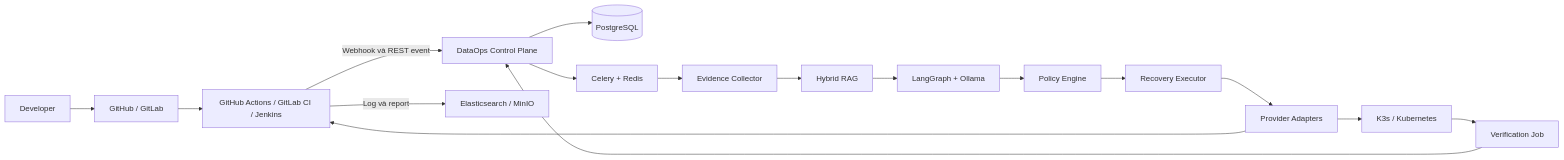
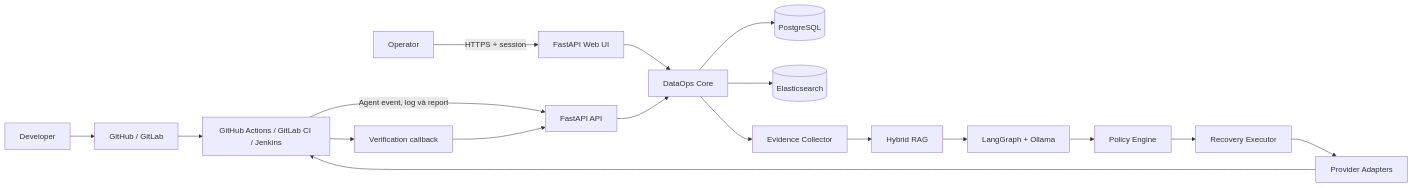
The diagram in README.md (AndyAnh174/dataops-control-plane), drawn with Mermaid before and after one commit. The commit also changed other lines of this file and 10 other files, not shown here.

Commit message:
docs: define self-hosted web platform flow

````diff
--- a/README.md
+++ b/README.md
@@ -27,19 +35,20 @@
 ```mermaid
 flowchart LR
     DEV[Developer] --> SCM[GitHub / GitLab]
     SCM --> CI[GitHub Actions / GitLab CI / Jenkins]
-    CI -->|Webhook và REST event| API[DataOps Control Plane]
-    CI -->|Log và report| OBS[Elasticsearch / MinIO]
-    API --> DB[(PostgreSQL)]
-    API --> QUEUE[Celery + Redis]
-    QUEUE --> EVIDENCE[Evidence Collector]
+    USER[Operator] -->|HTTPS + session| UI[FastAPI Web UI]
+    CI -->|Agent event, log và report| API[FastAPI API]
+    UI --> CORE[DataOps Core]
+    API --> CORE
+    CORE --> DB[(PostgreSQL)]
+    CORE --> OBS[(Elasticsearch)]
+    CORE --> EVIDENCE[Evidence Collector]
     EVIDENCE --> RAG[Hybrid RAG]
     RAG --> AGENT[LangGraph + Ollama]
     AGENT --> POLICY[Policy Engine]
     POLICY --> EXECUTOR[Recovery Executor]
     EXECUTOR --> ADAPTER[Provider Adapters]
     ADAPTER --> CI
-    ADAPTER --> K8S[K3s / Kubernetes]
-    K8S --> VERIFY[Verification Job]
+    CI --> VERIFY[Verification callback]
     VERIFY --> API
 ```
````
